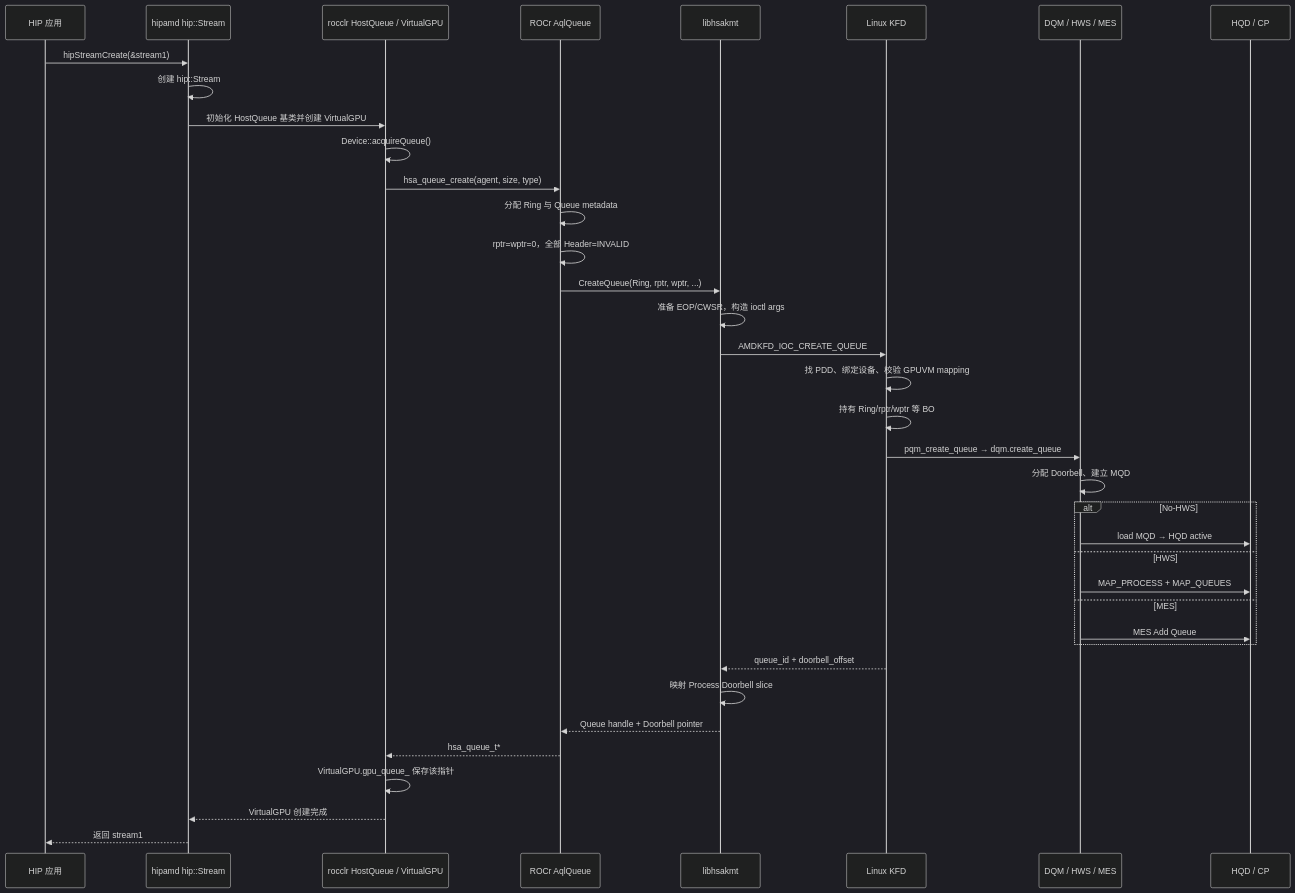
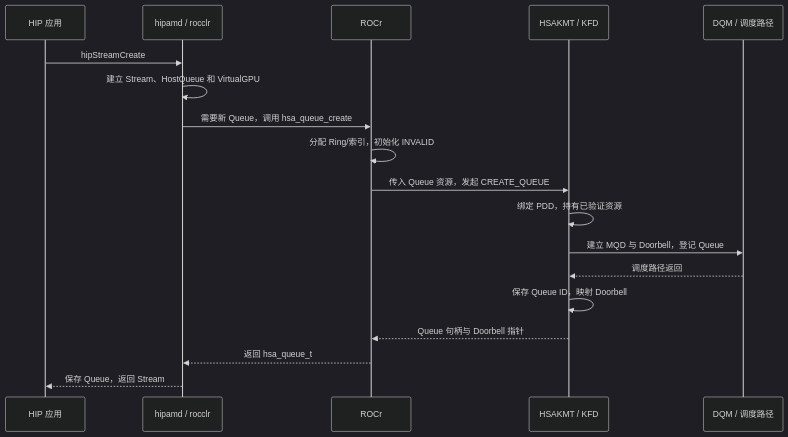
Before and after one commit to hxfei-git/gpu-study: diagram 11 of 13 in 03_AMD GPU 队列与 AQL Dispatch.md, drawn with Mermaid (dark theme). The commit also changed other lines of this file and 1 other file, not shown here.

Commit message:
docs(queue): streamline dispatch chapters and knowledge lookup

````diff
--- a/03_AMD GPU 队列与 AQL Dispatch.md
+++ b/03_AMD GPU 队列与 AQL Dispatch.md
@@ -4447,40 +3619,20 @@
 ```mermaid
 sequenceDiagram
-    participant App as HIP 应用
-    participant HIP as hipamd hip::Stream
-    participant CLR as rocclr HostQueue / VirtualGPU
-    participant ROCr as ROCr AqlQueue
-    participant KMT as libhsakmt
-    participant KFD as Linux KFD
-    participant DQM as DQM / HWS / MES
-    participant GPU as HQD / CP
-
-    App->>HIP: hipStreamCreate(&stream1)
-    HIP->>HIP: 创建 hip::Stream
-    HIP->>CLR: 初始化 HostQueue 基类并创建 VirtualGPU
-    CLR->>CLR: Device::acquireQueue()
-    CLR->>ROCr: hsa_queue_create(agent, size, type)
-    ROCr->>ROCr: 分配 Ring 与 Queue metadata
-    ROCr->>ROCr: rptr=wptr=0，全部 Header=INVALID
-    ROCr->>KMT: CreateQueue(Ring, rptr, wptr, ...)
-    KMT->>KMT: 准备 EOP/CWSR，构造 ioctl args
-    KMT->>KFD: AMDKFD_IOC_CREATE_QUEUE
-    KFD->>KFD: 找 PDD、绑定设备、校验 GPUVM mapping
-    KFD->>KFD: 持有 Ring/rptr/wptr 等 BO
-    KFD->>DQM: pqm_create_queue → dqm.create_queue
-    DQM->>DQM: 分配 Doorbell、建立 MQD
-    alt No-HWS
-        DQM->>GPU: load MQD → HQD active
-    else HWS
-        DQM->>GPU: MAP_PROCESS + MAP_QUEUES
-    else MES
-        DQM->>GPU: MES Add Queue
-    end
-    KFD-->>KMT: queue_id + doorbell_offset
-    KMT->>KMT: 映射 Process Doorbell slice
-    KMT-->>ROCr: Queue handle + Doorbell pointer
-    ROCr-->>CLR: hsa_queue_t*
-    CLR->>CLR: VirtualGPU.gpu_queue_ 保存该指针
-    CLR-->>HIP: VirtualGPU 创建完成
-    HIP-->>App: 返回 stream1
+    participant A as HIP 应用
+    participant C as hipamd / rocclr
+    participant R as ROCr
+    participant K as HSAKMT / KFD
+    participant D as DQM / 调度路径
+    A->>C: hipStreamCreate
+    C->>C: 建立 Stream、HostQueue 和 VirtualGPU
+    C->>R: 需要新 Queue，调用 hsa_queue_create
+    R->>R: 分配 Ring/索引，初始化 INVALID
+    R->>K: 传入 Queue 资源，发起 CREATE_QUEUE
+    K->>K: 绑定 PDD，持有已验证资源
+    K->>D: 建立 MQD 与 Doorbell，登记 Queue
+    D-->>K: 调度路径返回
+    K->>K: 保存 Queue ID，映射 Doorbell
+    K-->>R: Queue 句柄与 Doorbell 指针
+    R-->>C: 返回 hsa_queue_t
+    C-->>A: 保存 Queue，返回 Stream
 ```
````
